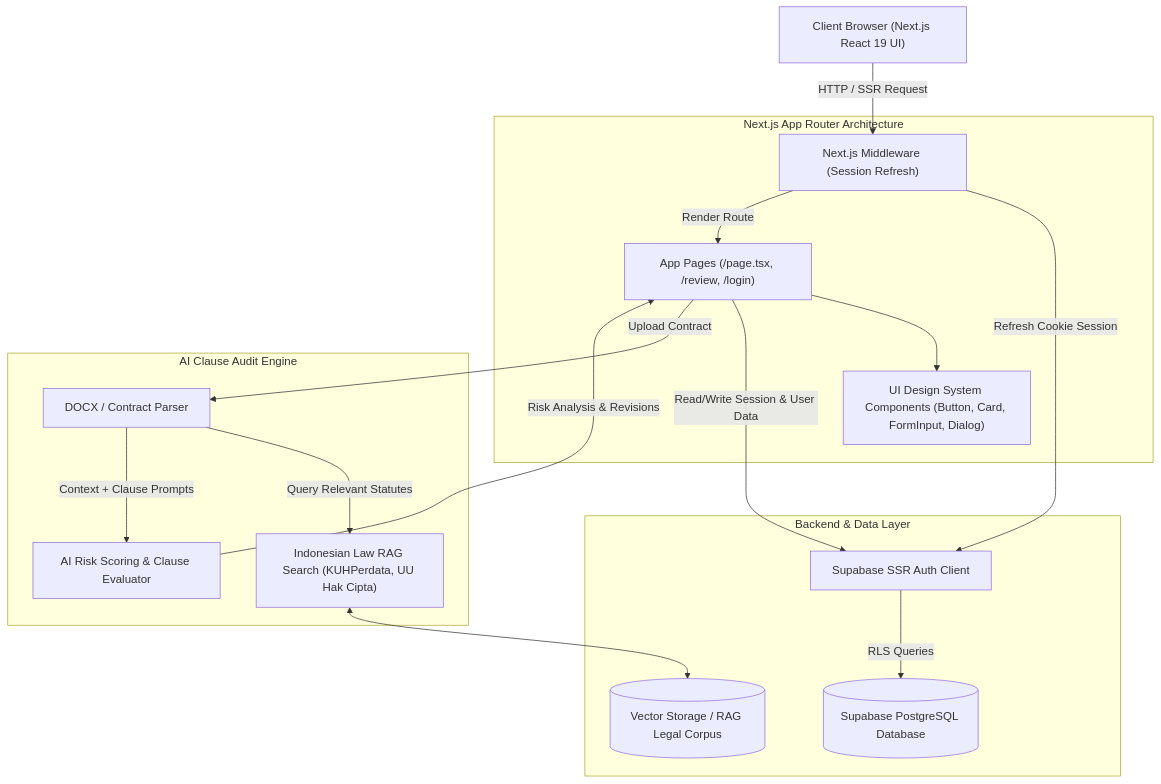
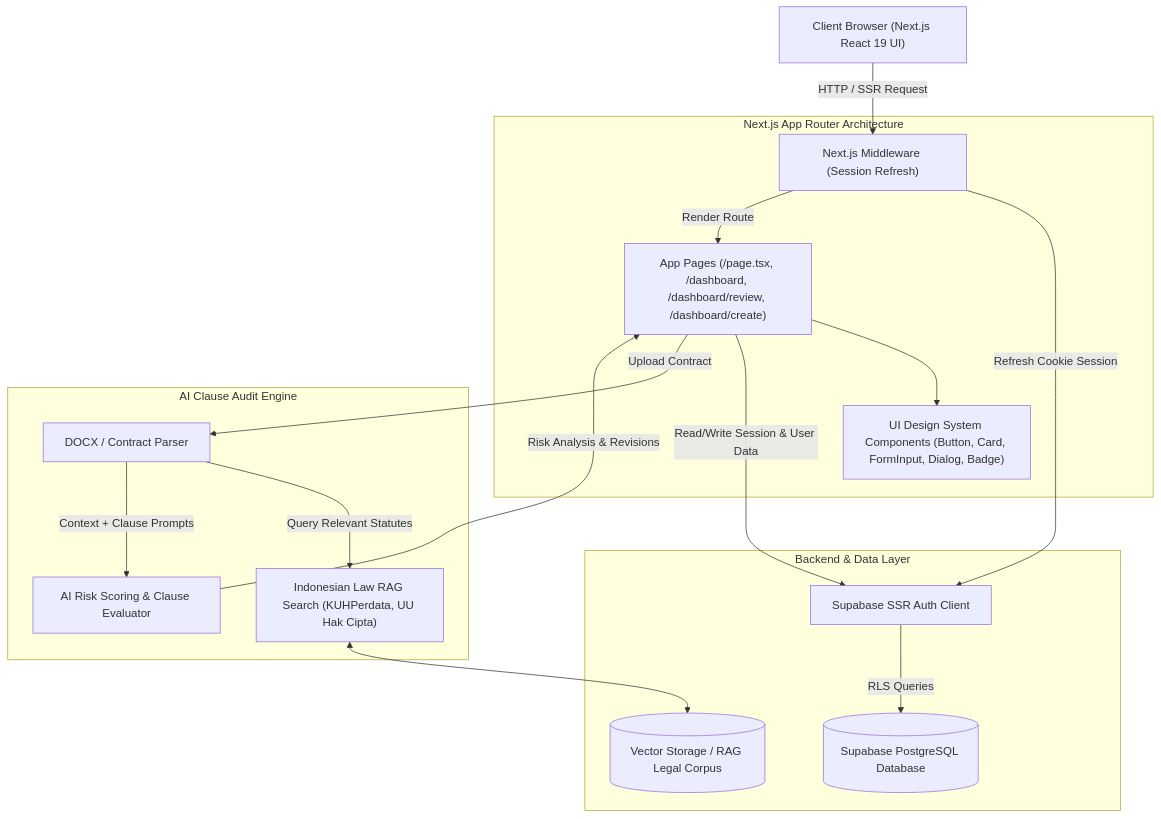
The diagram in DESIGN.md (danarcahyaa/klarisa), drawn with Mermaid before and after one commit. The commit also changed other lines of this file and 1 other file, not shown here.

Commit message:
refactor  ReviewUploader component and document updated design system tokens and typography

````diff
--- a/DESIGN.md
+++ b/DESIGN.md
@@ -28,34 +28,34 @@
 ```mermaid
 graph TD
     Client["Client Browser (Next.js React 19 UI)"]
     
     subgraph Frontend["Next.js App Router Architecture"]
         Middleware["Next.js Middleware (Session Refresh)"]
-        Pages["App Pages (/page.tsx, /review, /login)"]
-        UIComp["UI Design System Components (Button, Card, FormInput, Dialog)"]
+        Pages["App Pages (/page.tsx, /dashboard, /dashboard/review, /dashboard/create)"]
+        UIComp["UI Design System Components (Button, Card, FormInput, Dialog, Badge)"]
     end
     
     subgraph Backend_Services["Backend & Data Layer"]
         SupaSSR["Supabase SSR Auth Client"]
         SupaDB[("Supabase PostgreSQL Database")]
         VectorDB[("Vector Storage / RAG Legal Corpus")]
     end
 
     subgraph AI_Engine["AI Clause Audit Engine"]
         DocParser["DOCX / Contract Parser"]
         LegalRAG["Indonesian Law RAG Search (KUHPerdata, UU Hak Cipta)"]
         LLM["AI Risk Scoring & Clause Evaluator"]
     end
 
     Client -->|HTTP / SSR Request| Middleware
     Middleware -->|Refresh Cookie Session| SupaSSR
     Middleware -->|Render Route| Pages
     Pages --> UIComp
     Pages -->|Read/Write Session & User Data| SupaSSR
     SupaSSR -->|RLS Queries| SupaDB
     Pages -->|Upload Contract| DocParser
     DocParser -->|Query Relevant Statutes| LegalRAG
     LegalRAG <--> VectorDB
     DocParser -->|Context + Clause Prompts| LLM
     LLM -->|Risk Analysis & Revisions| Pages
 ```
````
